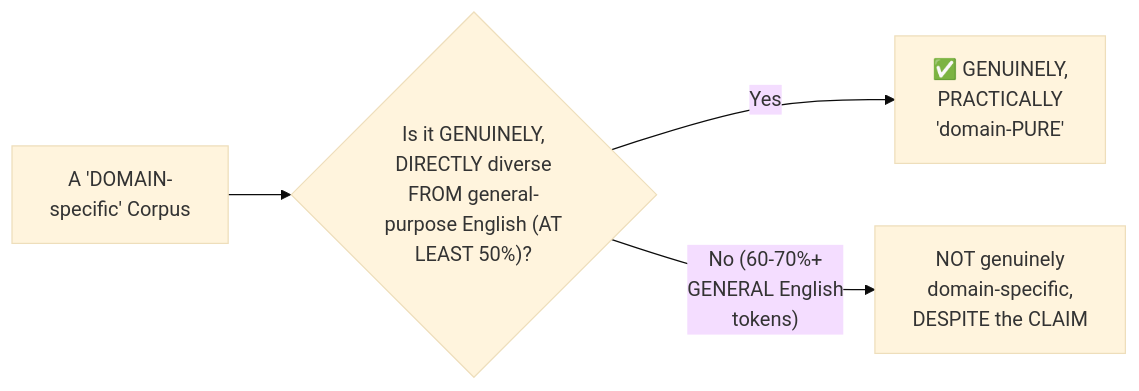
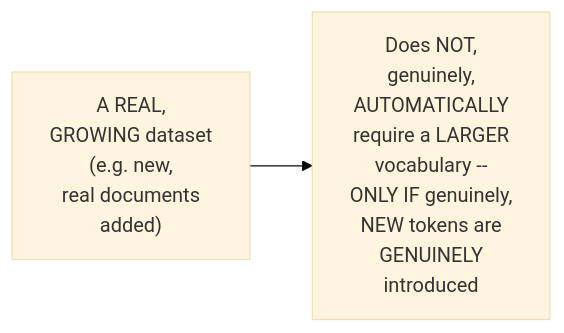
Diagram 11 of 27 in LLM Production AI Engineering/1. AI Foundations/2. Tokenization/4. Resolving the Vocabulary-Size Conflict.md (sanjeevpalla/Notes), drawn with Mermaid (base theme) before and after one commit. The commit also changed other lines of this file and 7 other files, not shown here.

````diff
--- a/LLM Production AI Engineering/1. AI Foundations/2. Tokenization/4. Resolving the Vocabulary-Size Conflict.md
+++ b/LLM Production AI Engineering/1. AI Foundations/2. Tokenization/4. Resolving the Vocabulary-Size Conflict.md
@@ -328,6 +249,4 @@
 ```mermaid
 flowchart LR
-    A["A 'DOMAIN-<br/>specific' Corpus"] --> B{"Is it GENUINELY,<br/>DIRECTLY diverse<br/>FROM general-<br/>purpose English (AT<br/>LEAST 50%)?"}
-    B -->|"Yes"| C["✅ GENUINELY,<br/>PRACTICALLY<br/>'domain-PURE'"]
-    B -->|"No (60-70%+<br/>GENERAL English<br/>tokens)"| D["NOT genuinely<br/>domain-specific,<br/>DESPITE the CLAIM"]
+    A["A REAL,<br/>GROWING dataset<br/>(e.g. new,<br/>real documents<br/>added)"] --> B["Does NOT,<br/>genuinely,<br/>AUTOMATICALLY<br/>require a LARGER<br/>vocabulary --<br/>ONLY IF genuinely,<br/>NEW tokens are<br/>GENUINELY<br/>introduced"]
 ```
````
